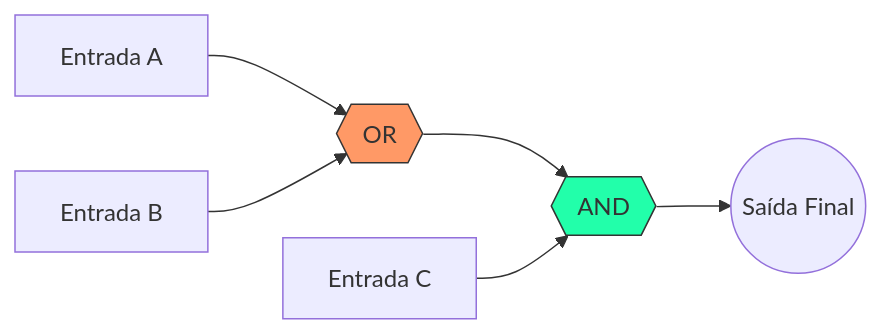
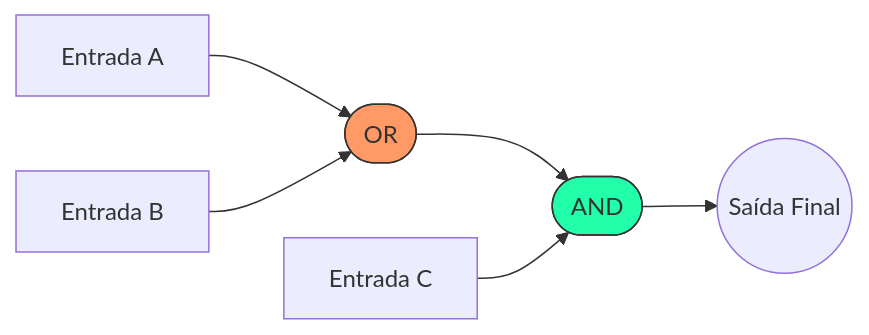
The diagram in docs/aulas/aula-09.md (ricardotecpro/ads_mod_01_fundamentos_da_computacao), drawn with Mermaid before and after one commit. The commit also changed 7 other files, not shown here.

````diff
--- a/docs/aulas/aula-09.md
+++ b/docs/aulas/aula-09.md
@@ -56,10 +56,10 @@
 ```mermaid
 graph LR
-    A["Entrada A"] --> OR{{"OR"}}
+    A["Entrada A"] --> OR(["OR"])
     B["Entrada B"] --> OR
-    OR --> AND{{"AND"}}
+    OR --> AND(["AND"])
     C["Entrada C"] --> AND
     AND --> S(("Saída Final"))
     style OR fill:#f96,stroke:#333
     style AND fill:#2fa,stroke:#333
 ```
````
